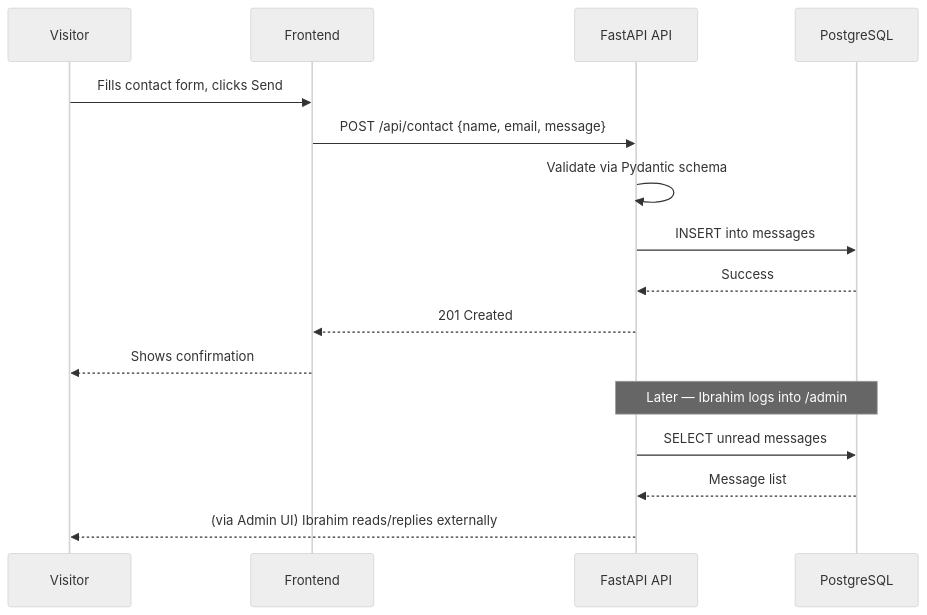
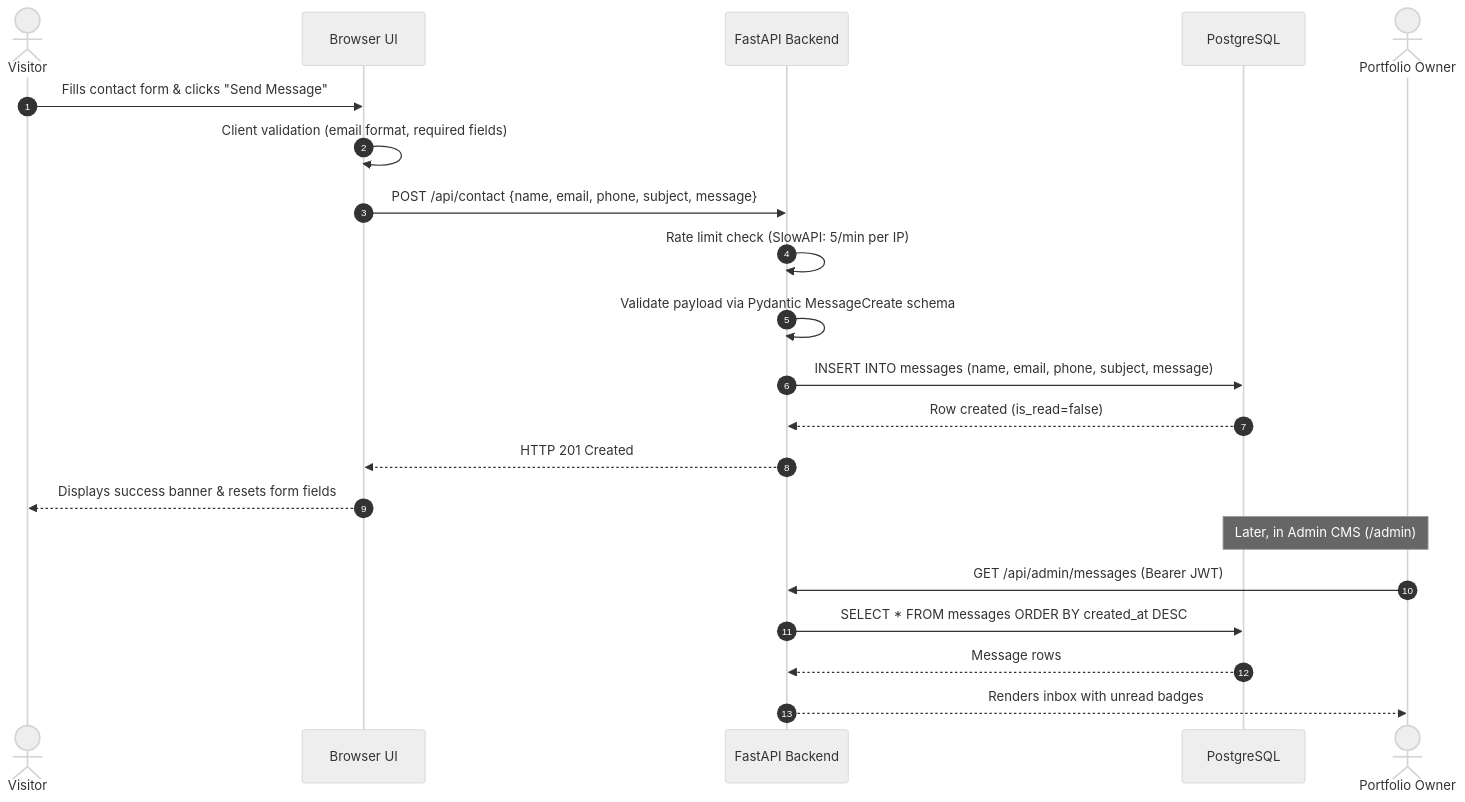
Before and after one commit to Ibrahim-2005/portfolio: the third of 5 diagrams in docs/architecture/user-flow.md, drawn with Mermaid (neutral theme). The commit also changed other lines of this file and 7 other files, not shown here.

Commit message:
docs: finalize planning and architecture

````diff
--- a/docs/architecture/user-flow.md
+++ b/docs/architecture/user-flow.md
@@ -54,19 +172,25 @@
 ```mermaid
 sequenceDiagram
-    participant V as Visitor
-    participant F as Frontend
-    participant A as FastAPI API
-    participant D as PostgreSQL
+    autonumber
+    actor Visitor
+    participant Frontend as Browser UI
+    participant API as FastAPI Backend
+    participant DB as PostgreSQL
+    actor Admin as Portfolio Owner
 
-    V->>F: Fills contact form, clicks Send
-    F->>A: POST /api/contact {name, email, message}
-    A->>A: Validate via Pydantic schema
-    A->>D: INSERT into messages
-    D-->>A: Success
-    A-->>F: 201 Created
-    F-->>V: Shows confirmation
-    Note over A,D: Later — Ibrahim logs into /admin
-    A->>D: SELECT unread messages
-    D-->>A: Message list
-    A-->>V: (via Admin UI) Ibrahim reads/replies externally
+    Visitor->>Frontend: Fills contact form & clicks "Send Message"
+    Frontend->>Frontend: Client validation (email format, required fields)
+    Frontend->>API: POST /api/contact {name, email, phone, subject, message}
+    API->>API: Rate limit check (SlowAPI: 5/min per IP)
+    API->>API: Validate payload via Pydantic MessageCreate schema
+    API->>DB: INSERT INTO messages (name, email, phone, subject, message)
+    DB-->>API: Row created (is_read=false)
+    API-->>Frontend: HTTP 201 Created
+    Frontend-->>Visitor: Displays success banner & resets form fields
+
+    Note over Admin,DB: Later, in Admin CMS (/admin)
+    Admin->>API: GET /api/admin/messages (Bearer JWT)
+    API->>DB: SELECT * FROM messages ORDER BY created_at DESC
+    DB-->>API: Message rows
+    API-->>Admin: Renders inbox with unread badges
 ```
````
